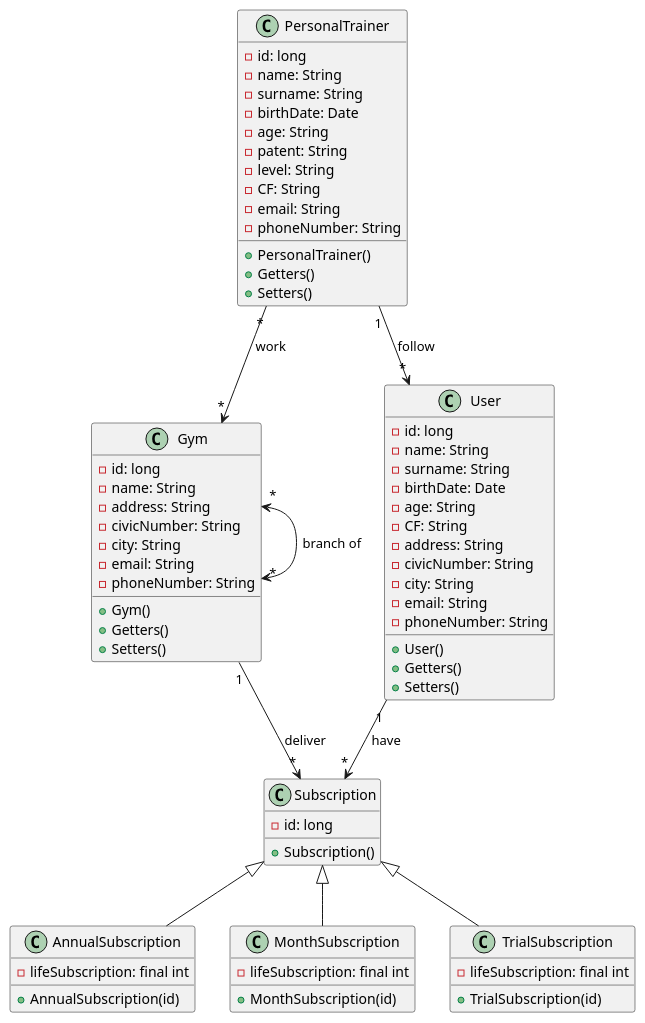
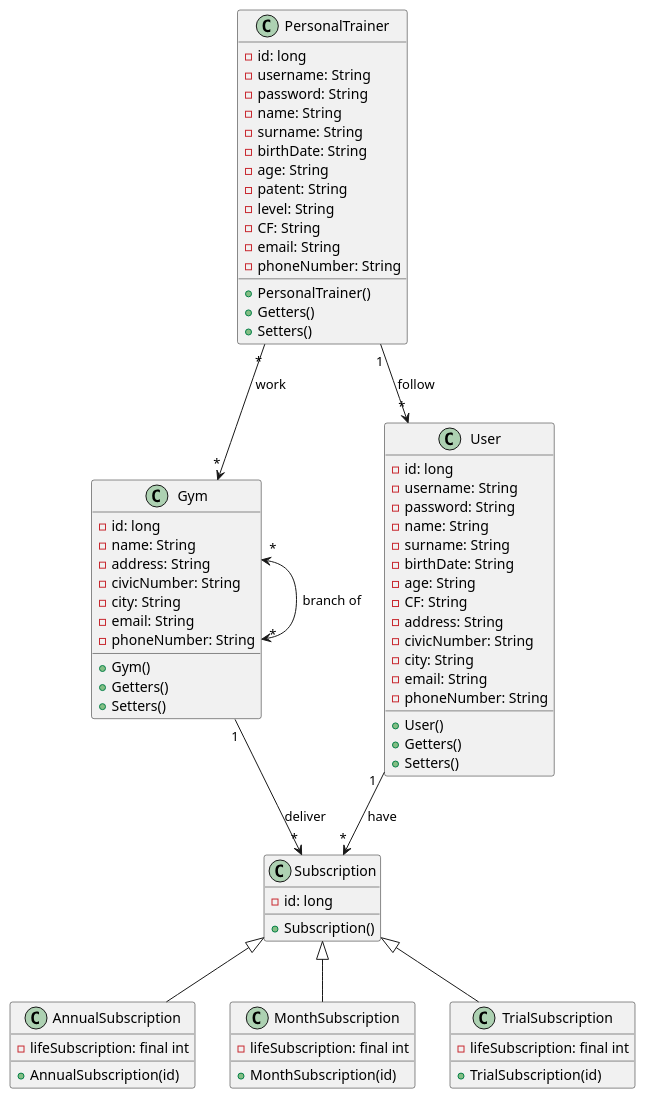
The diagram in gymsharingapp/umlDiagram.wsd (jimmypuntoexe/gymsharing), drawn with PlantUML before and after one commit.

Commit message:
Update umlDiagram

```diff
--- a/gymsharingapp/umlDiagram.wsd
+++ b/gymsharingapp/umlDiagram.wsd
@@ -1,73 +1,77 @@
 @startuml umlDiagram
 class PersonalTrainer {
     - id: long
+    - username: String
+    - password: String
     - name: String
     - surname: String
-    - birthDate: Date
+    - birthDate: String
     - age: String
     - patent: String
     - level: String
     - CF: String
     - email: String
     - phoneNumber: String
     + PersonalTrainer()
     + Getters()
     + Setters()
 }
 
 class Gym {
     - id: long
     - name: String
 	- address: String
     - civicNumber: String
     - city: String
     - email: String
     - phoneNumber: String
     + Gym()
     + Getters()
     + Setters()
 }
 
 class User {
     - id: long
+    - username: String
+    - password: String
     - name: String
     - surname: String
-    - birthDate: Date
+    - birthDate: String
     - age: String
     - CF: String
 	- address: String
     - civicNumber: String
     - city: String
     - email: String
     - phoneNumber: String
     + User()
     + Getters()
     + Setters()
 }
 
 class Subscription {
     - id: long
     + Subscription() 
 }
 
 class AnnualSubscription extends Subscription {
         - lifeSubscription: final int
         + AnnualSubscription(id)
 }
 
 class MonthSubscription extends Subscription {
         - lifeSubscription: final int
         + MonthSubscription(id)
 }
 
 class TrialSubscription extends Subscription {
         - lifeSubscription: final int
         + TrialSubscription(id)
 }
 
 PersonalTrainer "1" --> "*" User : follow
 PersonalTrainer "*" --> "*" Gym : work
 Gym "*" <--> "*" Gym : branch of
 Gym "1" --> "*" Subscription : deliver
 User "1" --> "*" Subscription : have
 @enduml
```
